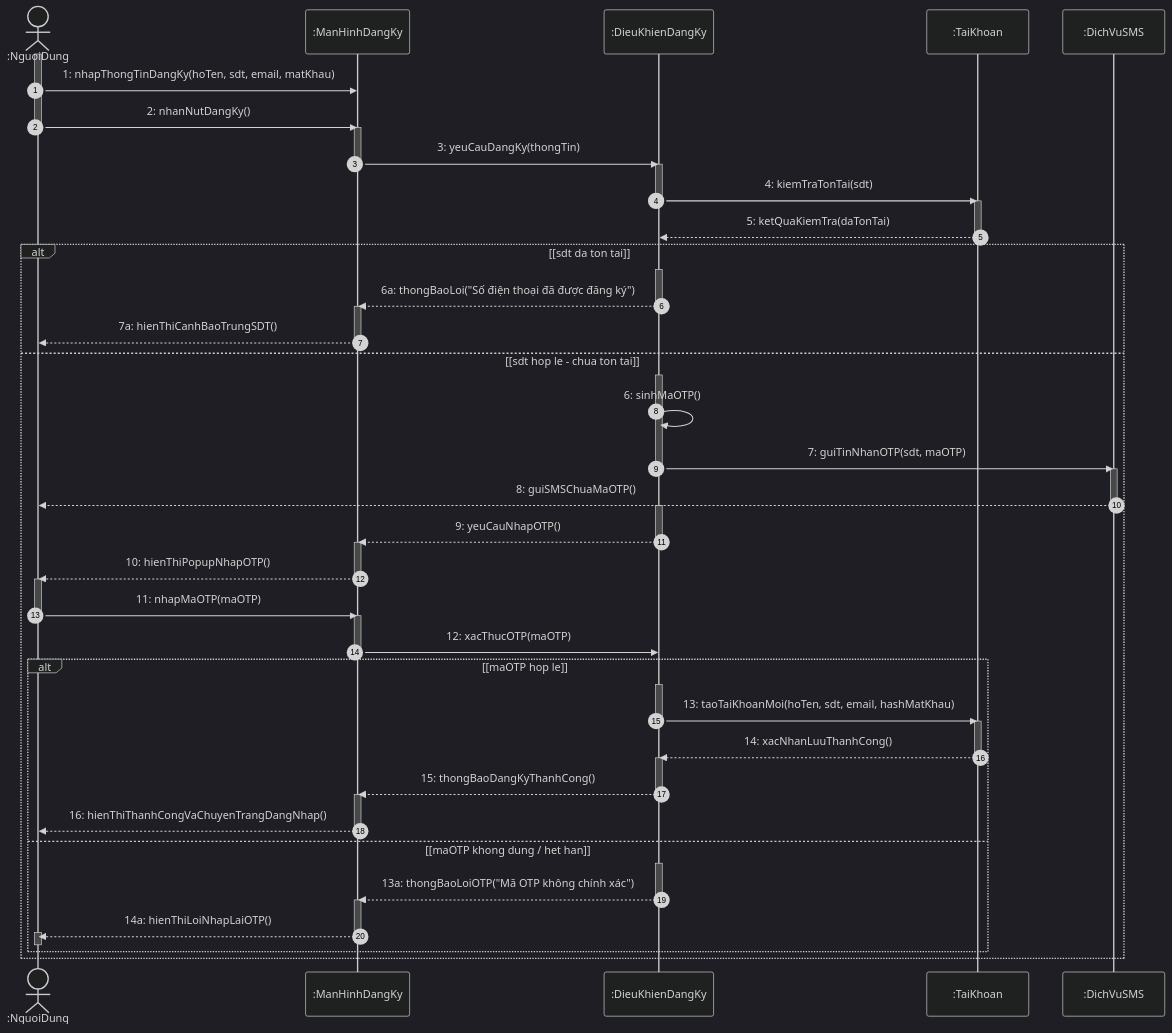
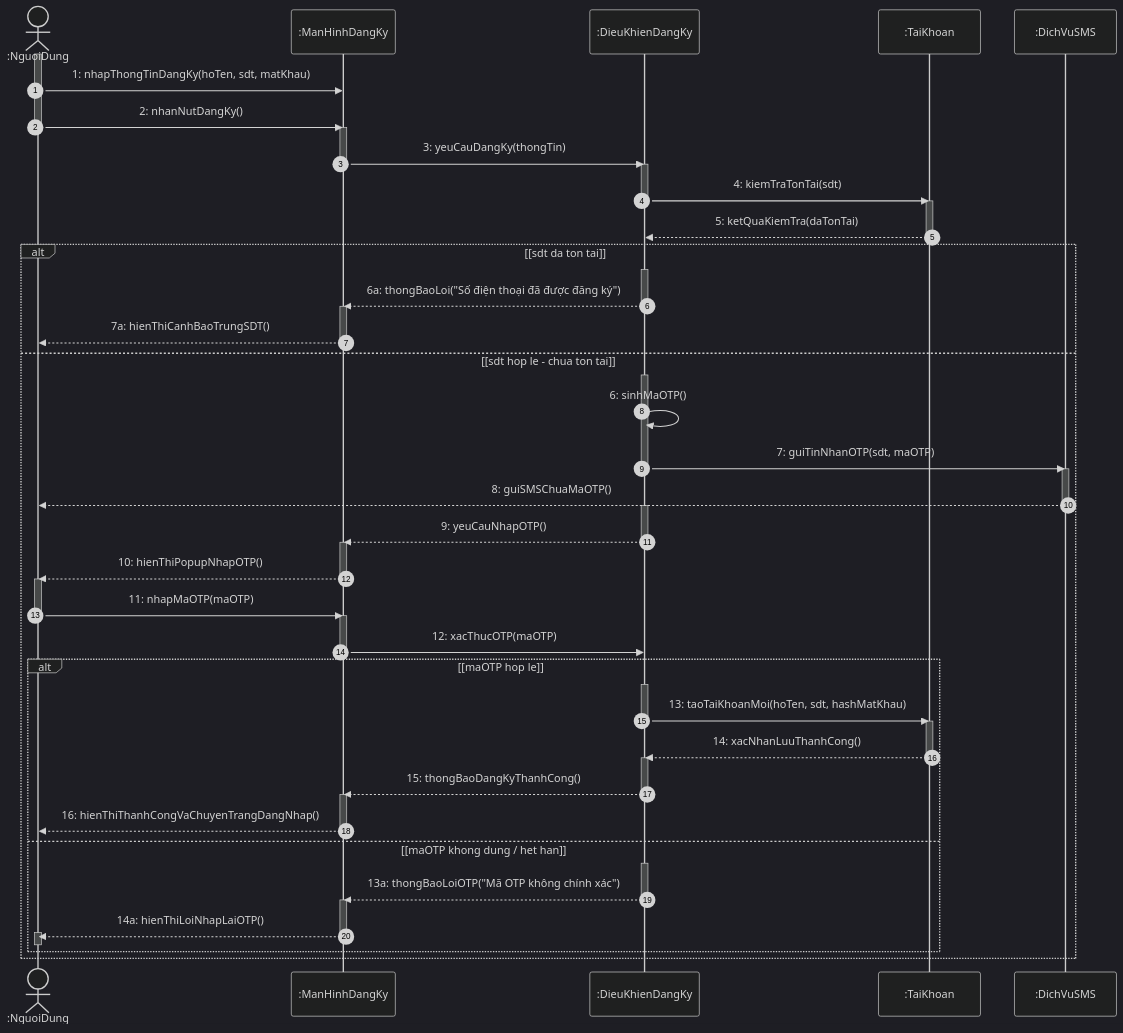
Before and after one commit to Longcodepro/Project_OOAD_HK1_2026-2027: the sixth of 22 diagrams in docs/sequence/Sequence_diagram.md, drawn with Mermaid (dark theme). The commit also changed other lines of this file and 4 other files, not shown here.

````diff
--- a/docs/sequence/Sequence_diagram.md
+++ b/docs/sequence/Sequence_diagram.md
@@ -418,78 +633,78 @@
 ```mermaid
 sequenceDiagram
     autonumber
     actor ND as :NguoiDung
     participant MH_DK as :ManHinhDangKy
     participant DK_DK as :DieuKhienDangKy
     participant TK as :TaiKhoan
     participant SMS as :DichVuSMS
 
     activate ND
-    ND ->> MH_DK: 1: nhapThongTinDangKy(hoTen, sdt, email, matKhau)
+    ND ->> MH_DK: 1: nhapThongTinDangKy(hoTen, sdt, matKhau)
     ND ->> MH_DK: 2: nhanNutDangKy()
     deactivate ND
     activate MH_DK
     MH_DK ->> DK_DK: 3: yeuCauDangKy(thongTin)
     deactivate MH_DK
 
     activate DK_DK
     DK_DK ->> TK: 4: kiemTraTonTai(sdt)
     deactivate DK_DK
     activate TK
     TK -->> DK_DK: 5: ketQuaKiemTra(daTonTai)
     deactivate TK
 
     alt [sdt da ton tai]
         activate DK_DK
         DK_DK -->> MH_DK: 6a: thongBaoLoi("Số điện thoại đã được đăng ký")
         deactivate DK_DK
         activate MH_DK
         MH_DK -->> ND: 7a: hienThiCanhBaoTrungSDT()
         deactivate MH_DK
     else [sdt hop le - chua ton tai]
         activate DK_DK
         DK_DK ->> DK_DK: 6: sinhMaOTP()
         DK_DK ->> SMS: 7: guiTinNhanOTP(sdt, maOTP)
         deactivate DK_DK
         activate SMS
         SMS -->> ND: 8: guiSMSChuaMaOTP()
         deactivate SMS
         activate DK_DK
         DK_DK -->> MH_DK: 9: yeuCauNhapOTP()
         deactivate DK_DK
         activate MH_DK
         MH_DK -->> ND: 10: hienThiPopupNhapOTP()
         deactivate MH_DK
 
         activate ND
         ND ->> MH_DK: 11: nhapMaOTP(maOTP)
         deactivate ND
         activate MH_DK
         MH_DK ->> DK_DK: 12: xacThucOTP(maOTP)
         deactivate MH_DK
 
         alt [maOTP hop le]
             activate DK_DK
-            DK_DK ->> TK: 13: taoTaiKhoanMoi(hoTen, sdt, email, hashMatKhau)
+            DK_DK ->> TK: 13: taoTaiKhoanMoi(hoTen, sdt, hashMatKhau)
             deactivate DK_DK
             activate TK
             TK -->> DK_DK: 14: xacNhanLuuThanhCong()
             deactivate TK
             activate DK_DK
             DK_DK -->> MH_DK: 15: thongBaoDangKyThanhCong()
             deactivate DK_DK
             activate MH_DK
             MH_DK -->> ND: 16: hienThiThanhCongVaChuyenTrangDangNhap()
             deactivate MH_DK
         else [maOTP khong dung / het han]
             activate DK_DK
             DK_DK -->> MH_DK: 13a: thongBaoLoiOTP("Mã OTP không chính xác")
             deactivate DK_DK
             activate MH_DK
             MH_DK -->> ND: 14a: hienThiLoiNhapLaiOTP()
             deactivate MH_DK
             activate ND
             deactivate ND
         end
     end
 ```
````
